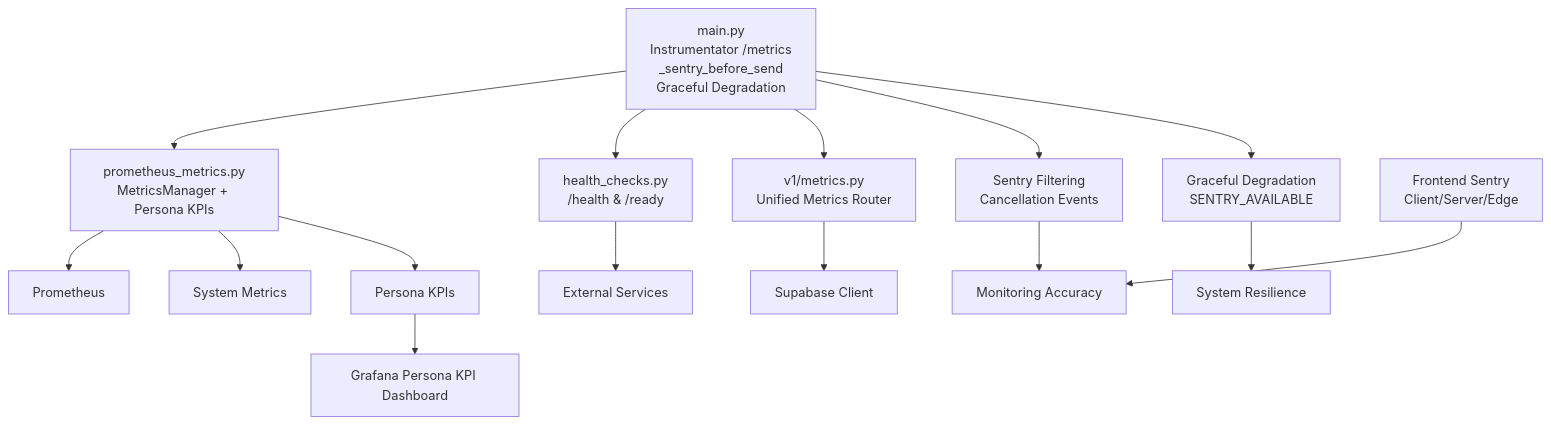
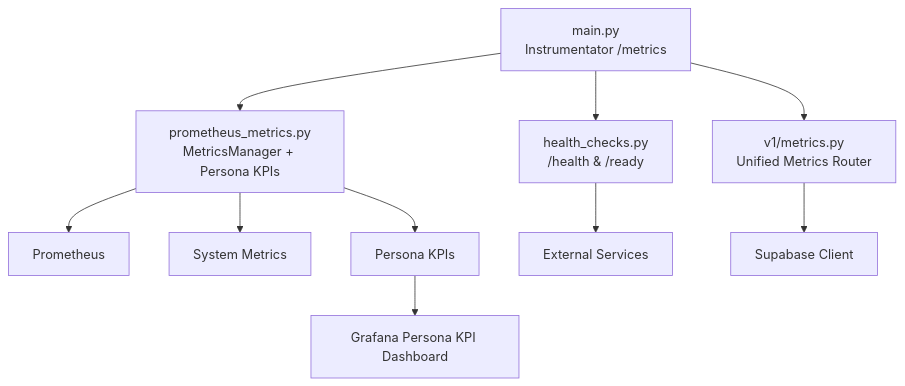
The tenth of 10 diagrams in .docs/content/Backend Development/Monitoring & Metrics.md (rohitkumarnaidu/ScholarFormAI), drawn with Mermaid before and after one commit. The commit also changed other lines of this file and 9 other files, not shown here.

````diff
--- a/.docs/content/Backend Development/Monitoring & Metrics.md
+++ b/.docs/content/Backend Development/Monitoring & Metrics.md
@@ -576,17 +471,12 @@
 ```mermaid
 graph TB
-M["main.py<br/>Instrumentator /metrics<br/>_sentry_before_send<br/>Graceful Degradation"] --> PMW["prometheus_metrics.py<br/>MetricsManager + Persona KPIs"]
+M["main.py<br/>Instrumentator /metrics"] --> PMW["prometheus_metrics.py<br/>MetricsManager + Persona KPIs"]
 M --> HR["health_checks.py<br/>/health & /ready"]
 M --> V1R["v1/metrics.py<br/>Unified Metrics Router"]
-M --> SF["Sentry Filtering<br/>Cancellation Events"]
-M --> GD["Graceful Degradation<br/>SENTRY_AVAILABLE"]
 PMW --> PR["Prometheus"]
 V1R --> DB["Supabase Client"]
 HR --> EXT["External Services"]
 PMW --> SYS["System Metrics"]
 PMW --> PK["Persona KPIs"]
-SF --> MON["Monitoring Accuracy"]
-GD --> RES["System Resilience"]
-FC["Frontend Sentry<br/>Client/Server/Edge"] --> MON
 PK --> GDASH["Grafana Persona KPI Dashboard"]
 ```
````
